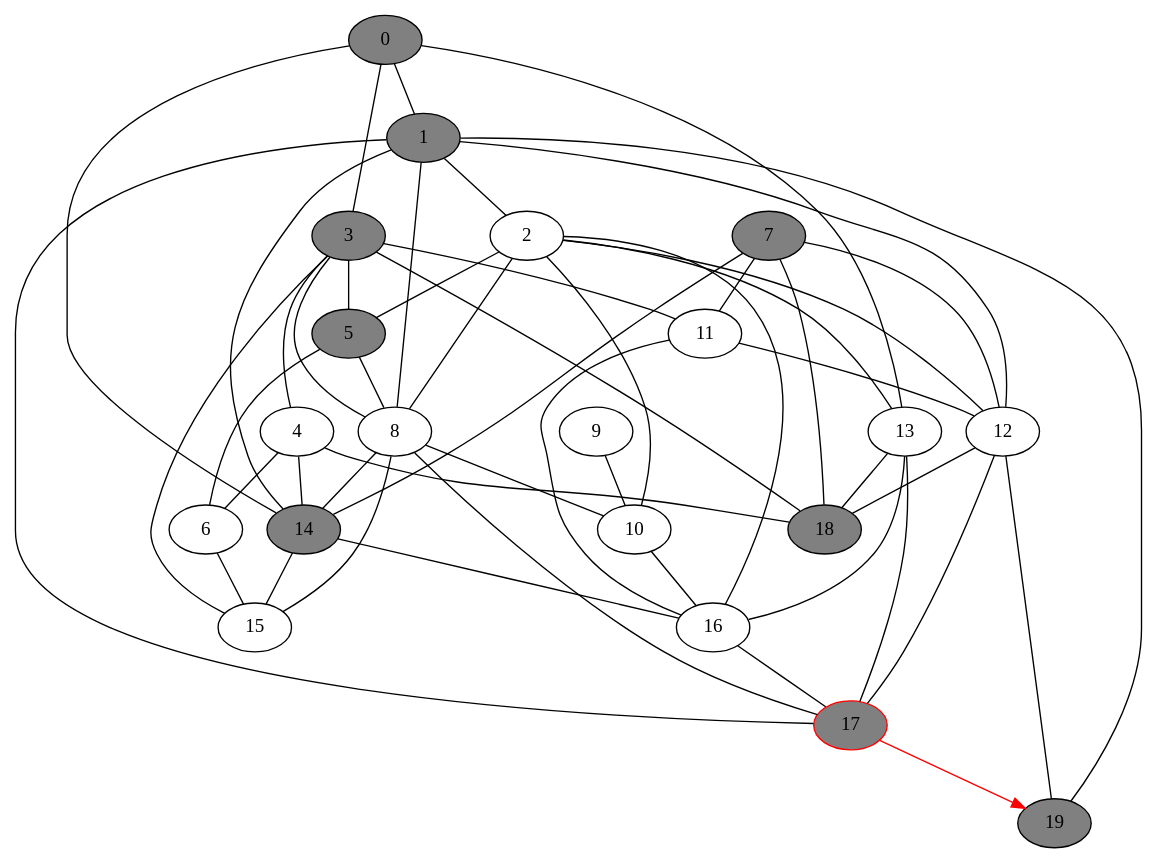
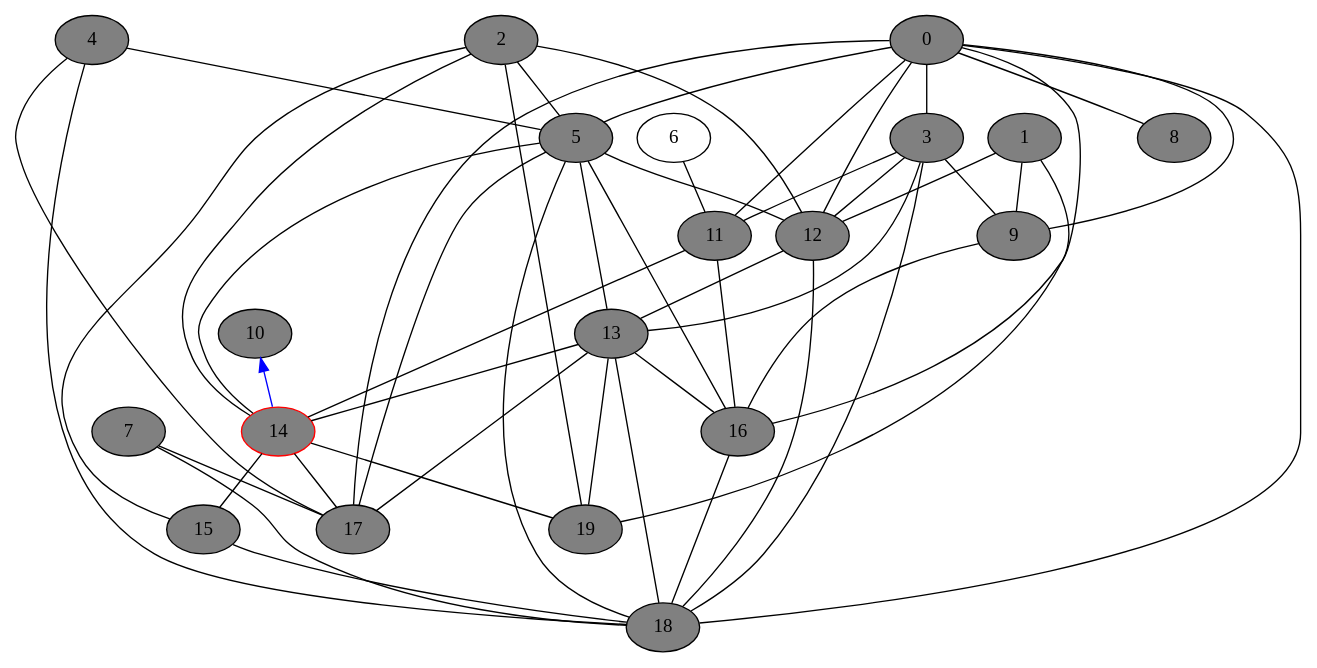
One commit to DSMishler/EBA_models changed the diagram in gv_graphs/nxt0013.dot. Above: the diagram before and after it, drawn with Graphviz. The commit also changed 704 other files, not shown here.

```diff
--- a/gv_graphs/nxt0013.dot
+++ b/gv_graphs/nxt0013.dot
@@ -1,74 +1,74 @@
 // network test graph
 digraph
 {
 	0 [fillcolor=gray,style=filled,]
 	1 [fillcolor=gray,style=filled,]
-	2 []
+	2 [fillcolor=gray,style=filled,]
 	3 [fillcolor=gray,style=filled,]
-	4 []
+	4 [fillcolor=gray,style=filled,]
 	5 [fillcolor=gray,style=filled,]
 	6 []
 	7 [fillcolor=gray,style=filled,]
-	8 []
-	9 []
-	10 []
-	11 []
-	12 []
-	13 []
-	14 [fillcolor=gray,style=filled,]
-	15 []
-	16 []
-	17 [fillcolor=gray,style=filled,color=red,]
+	8 [fillcolor=gray,style=filled,]
+	9 [fillcolor=gray,style=filled,]
+	10 [fillcolor=gray,style=filled,]
+	11 [fillcolor=gray,style=filled,]
+	12 [fillcolor=gray,style=filled,]
+	13 [fillcolor=gray,style=filled,]
+	14 [fillcolor=gray,style=filled,color=red,]
+	15 [fillcolor=gray,style=filled,]
+	16 [fillcolor=gray,style=filled,]
+	17 [fillcolor=gray,style=filled,]
 	18 [fillcolor=gray,style=filled,]
 	19 [fillcolor=gray,style=filled,]
-	0 -> 1 [dir=none]
 	0 -> 3 [dir=none]
-	0 -> 13 [dir=none]
-	0 -> 14 [dir=none]
-	1 -> 2 [dir=none]
-	1 -> 8 [dir=none]
+	0 -> 5 [dir=none]
+	0 -> 8 [dir=none]
+	0 -> 9 [dir=none]
+	0 -> 11 [dir=none]
+	0 -> 12 [dir=none]
+	0 -> 16 [dir=none]
+	0 -> 17 [dir=none]
+	0 -> 18 [dir=none]
+	1 -> 9 [dir=none]
 	1 -> 12 [dir=none]
-	1 -> 14 [dir=none]
-	1 -> 17 [dir=none]
 	1 -> 19 [dir=none]
 	2 -> 5 [dir=none]
-	2 -> 8 [dir=none]
-	2 -> 10 [dir=none]
 	2 -> 12 [dir=none]
-	2 -> 13 [dir=none]
-	2 -> 16 [dir=none]
-	3 -> 4 [dir=none]
-	3 -> 5 [dir=none]
-	3 -> 8 [dir=none]
+	2 -> 14 [dir=none]
+	2 -> 15 [dir=none]
+	2 -> 19 [dir=none]
+	3 -> 9 [dir=none]
 	3 -> 11 [dir=none]
-	3 -> 15 [dir=none]
+	3 -> 12 [dir=none]
+	3 -> 13 [dir=none]
 	3 -> 18 [dir=none]
-	4 -> 6 [dir=none]
-	4 -> 14 [dir=none]
+	4 -> 5 [dir=none]
+	4 -> 17 [dir=none]
 	4 -> 18 [dir=none]
-	5 -> 6 [dir=none]
-	5 -> 8 [dir=none]
-	6 -> 15 [dir=none]
-	7 -> 11 [dir=none]
-	7 -> 12 [dir=none]
-	7 -> 14 [dir=none]
+	5 -> 12 [dir=none]
+	5 -> 13 [dir=none]
+	5 -> 14 [dir=none]
+	5 -> 16 [dir=none]
+	5 -> 17 [dir=none]
+	5 -> 18 [dir=none]
+	6 -> 11 [dir=none]
+	7 -> 17 [dir=none]
 	7 -> 18 [dir=none]
-	8 -> 10 [dir=none]
-	8 -> 14 [dir=none]
-	8 -> 15 [dir=none]
-	8 -> 17 [dir=none]
-	9 -> 10 [dir=none]
-	10 -> 16 [dir=none]
-	11 -> 12 [dir=none]
+	9 -> 16 [dir=none]
+	10 -> 14 [dir=back,color=blue,]
+	11 -> 14 [dir=none]
 	11 -> 16 [dir=none]
-	12 -> 17 [dir=none]
+	12 -> 13 [dir=none]
 	12 -> 18 [dir=none]
-	12 -> 19 [dir=none]
+	13 -> 14 [dir=none]
 	13 -> 16 [dir=none]
 	13 -> 17 [dir=none]
 	13 -> 18 [dir=none]
+	13 -> 19 [dir=none]
 	14 -> 15 [dir=none]
-	14 -> 16 [dir=none]
-	16 -> 17 [dir=none]
-	17 -> 19 [dir=forward,color=red,]
+	14 -> 17 [dir=none]
+	14 -> 19 [dir=none]
+	15 -> 18 [dir=none]
+	16 -> 18 [dir=none]
 }
```
